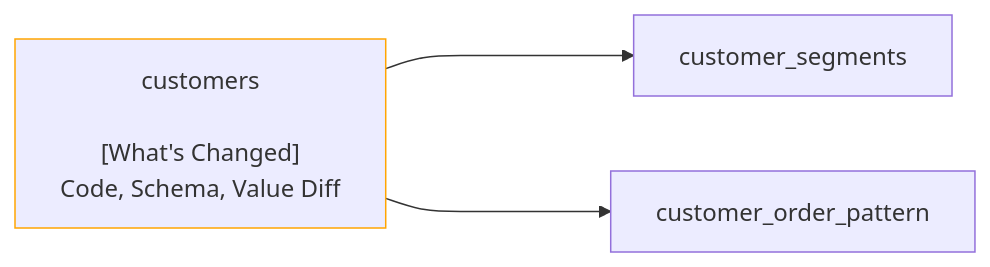
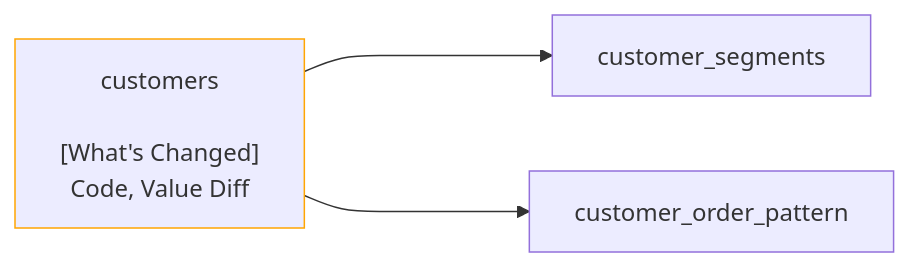
The diagram in docs/docs/features/recce-summary-example.md (DataRecce/recce-documentation), drawn with Mermaid before and after one commit. The commit also changed other lines of this file and 2 other files, not shown here.

````diff
--- a/docs/docs/features/recce-summary-example.md
+++ b/docs/docs/features/recce-summary-example.md
@@ -5,12 +5,13 @@
 ```mermaid
 graph LR
 model.jaffle_shop.customers["customers
 
 [What's Changed]
-Code, Schema, Value Diff"]
+Code, Value Diff"]
 style model.jaffle_shop.customers stroke:#ffa502
 model.jaffle_shop.customers---->model.jaffle_shop.customer_segments
 model.jaffle_shop.customers---->model.jaffle_shop.customer_order_pattern
 model.jaffle_shop.customer_segments["customer_segments"]
 model.jaffle_shop.customer_order_pattern["customer_order_pattern"]
+
 ```
````
